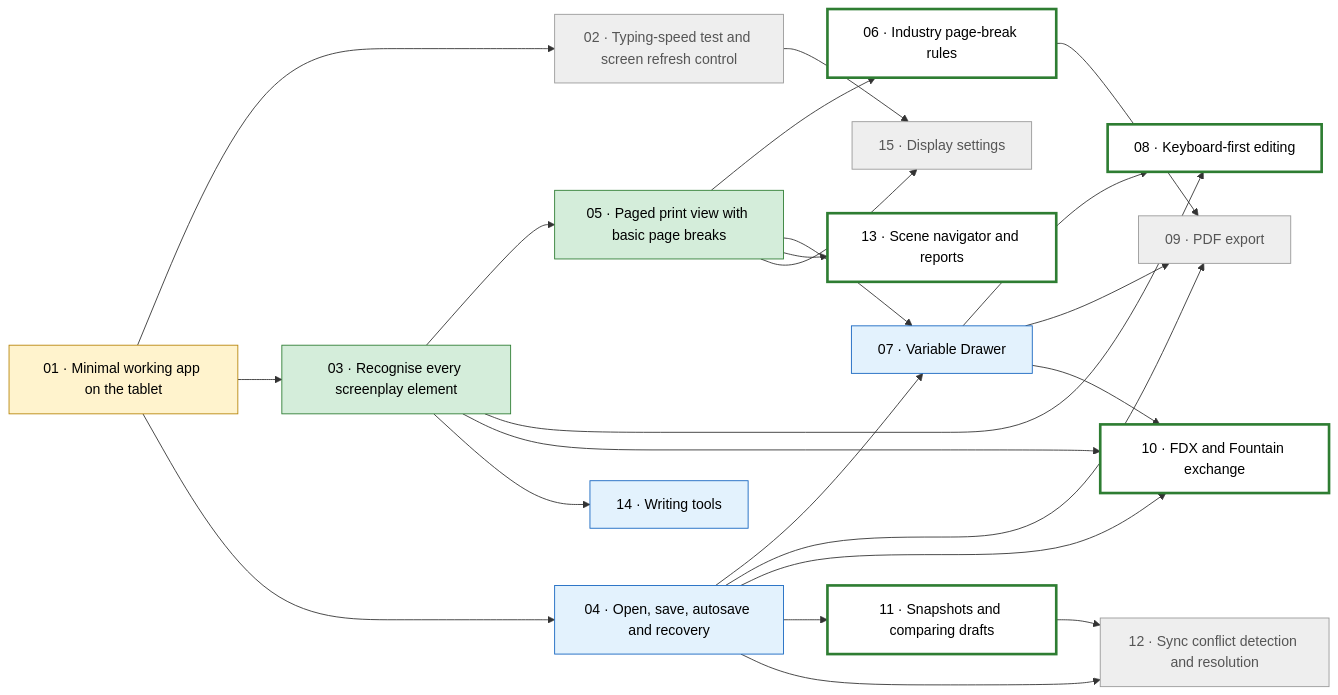
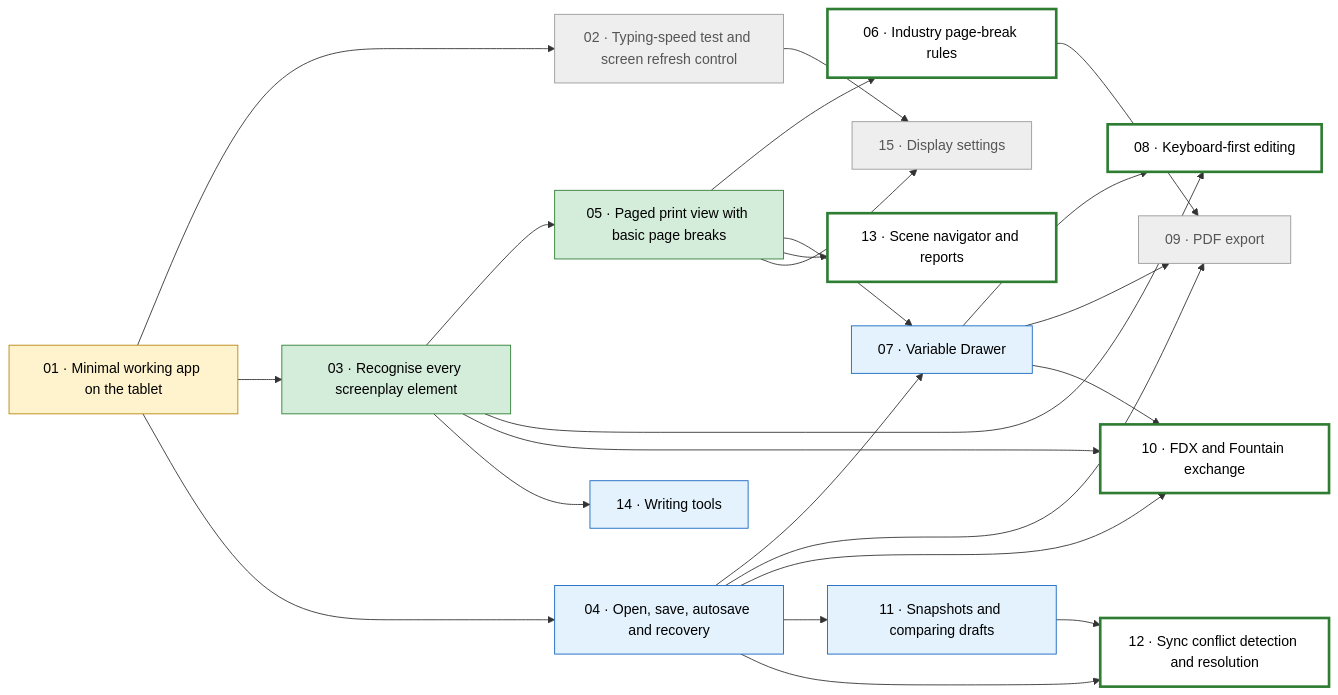
One commit to mikebgio/eink-screenplay-writer changed the diagram in PLAN.md. Above: the diagram before and after it, drawn with Mermaid. The commit also changed other lines of this file and 16 other files, not shown here.

First line of the commit message:
11: Snapshots and comparing drafts (#19)

````diff
--- a/PLAN.md
+++ b/PLAN.md
@@ -45,45 +45,45 @@
 ```mermaid
 flowchart LR
   T01["01 · Minimal working app on the tablet"]:::inprogress
   T02["02 · Typing-speed test and screen refresh control"]:::blocked
   T03["03 · Recognise every screenplay element"]:::done
   T04["04 · Open, save, autosave and recovery"]:::needsdevice
   T05["05 · Paged print view with basic page breaks"]:::done
   T06["06 · Industry page-break rules"]:::ready
   T07["07 · Variable Drawer"]:::needsdevice
   T08["08 · Keyboard-first editing"]:::ready
   T09["09 · PDF export"]:::blocked
   T10["10 · FDX and Fountain exchange"]:::ready
-  T11["11 · Snapshots and comparing drafts"]:::ready
-  T12["12 · Sync conflict detection and resolution"]:::blocked
+  T11["11 · Snapshots and comparing drafts"]:::needsdevice
+  T12["12 · Sync conflict detection and resolution"]:::ready
   T13["13 · Scene navigator and reports"]:::ready
   T14["14 · Writing tools"]:::needsdevice
   T15["15 · Display settings"]:::blocked
   T01 --> T02
   T01 --> T03
   T01 --> T04
   T03 --> T05
   T05 --> T06
   T04 --> T07
   T05 --> T07
   T03 --> T08
   T07 --> T08
   T04 --> T09
   T06 --> T09
   T07 --> T09
   T03 --> T10
   T04 --> T10
   T07 --> T10
   T04 --> T11
   T04 --> T12
   T11 --> T12
   T05 --> T13
   T03 --> T14
   T02 --> T15
   T05 --> T15
   classDef done fill:#d4edda,stroke:#2e7d32,color:#000
   classDef needsdevice fill:#e3f2fd,stroke:#1565c0,color:#000
   classDef inprogress fill:#fff3cd,stroke:#b8860b,color:#000
   classDef ready fill:#ffffff,stroke:#2e7d32,stroke-width:3px,color:#000
   classDef blocked fill:#eeeeee,stroke:#999,color:#555
 ```
````
